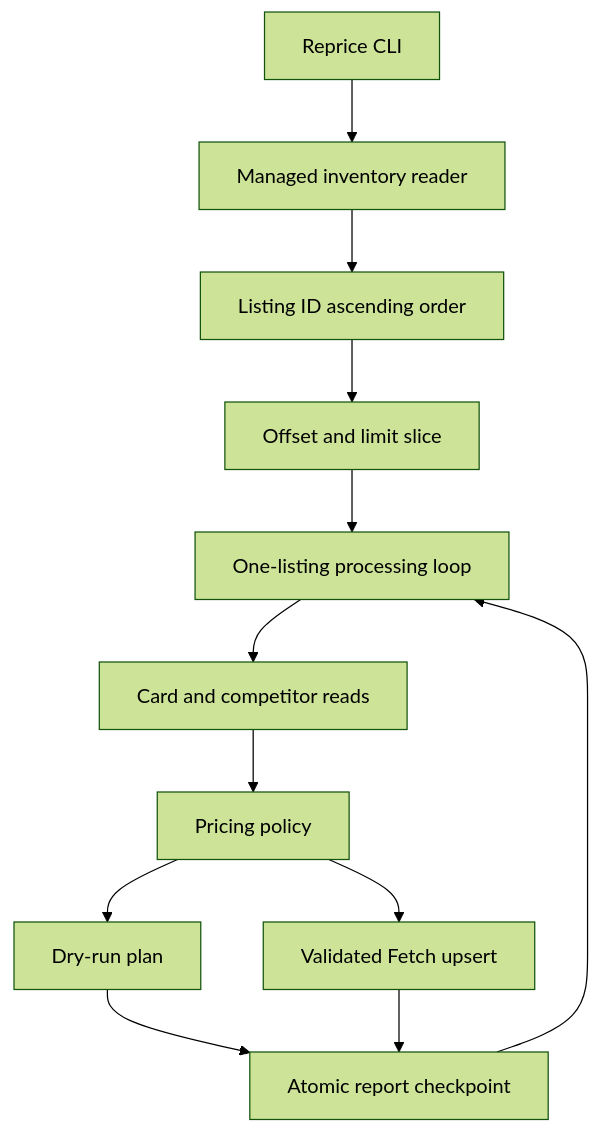
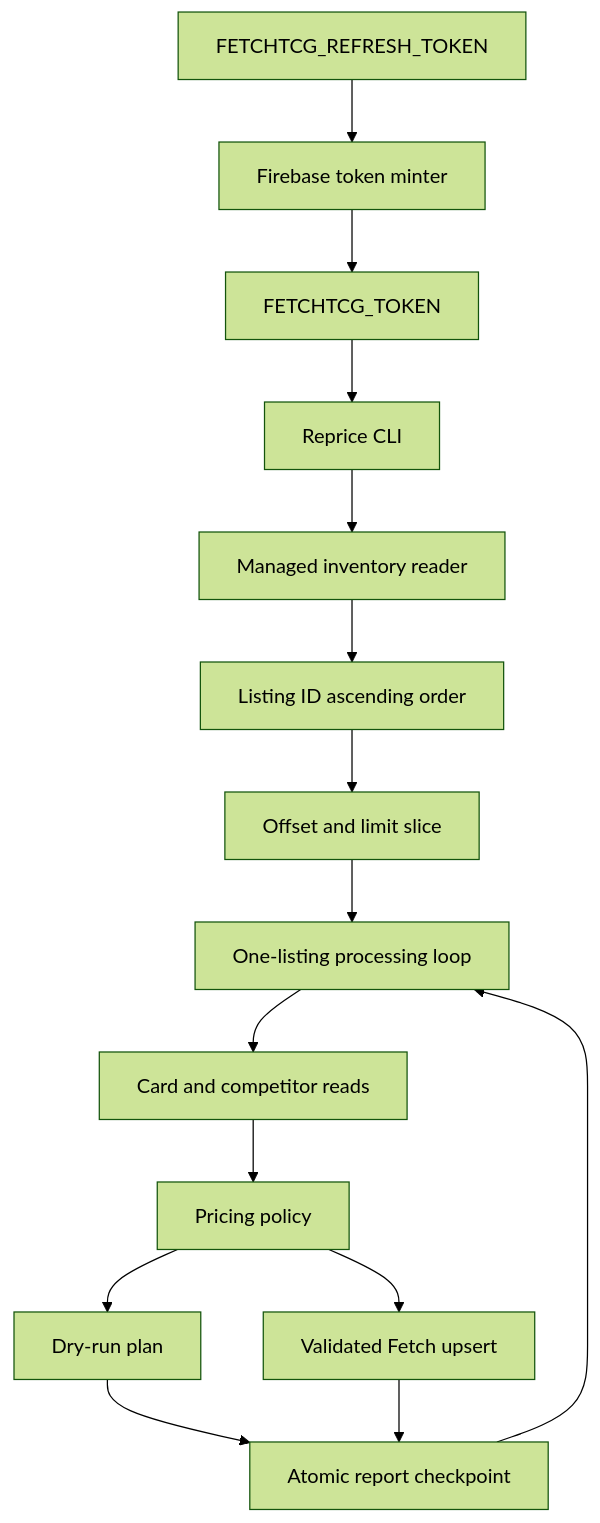
Before and after one commit to jordansimsmith/jordansimsmith-com: the first of 2 diagrams in tcg_lister_api/scripts/reprice/README.md, drawn with Mermaid (forest theme). The commit also changed other lines of this file and 7 other files, not shown here.

````diff
--- a/tcg_lister_api/scripts/reprice/README.md
+++ b/tcg_lister_api/scripts/reprice/README.md
@@ -52,14 +52,17 @@
 ```mermaid
 flowchart TD
-  Cli[Reprice CLI] --> Inventory[Managed inventory reader]
+  RefreshEnv[FETCHTCG_REFRESH_TOKEN] --> TokenMinter[Firebase token minter]
+  TokenMinter --> AuthEnv[FETCHTCG_TOKEN]
+  AuthEnv --> Cli[Reprice CLI]
+  Cli --> Inventory[Managed inventory reader]
   Inventory --> StableOrder[Listing ID ascending order]
   StableOrder --> Slice[Offset and limit slice]
   Slice --> ListingLoop[One-listing processing loop]
   ListingLoop --> Market[Card and competitor reads]
   Market --> Policy[Pricing policy]
   Policy --> DryRun[Dry-run plan]
   Policy --> Mutation[Validated Fetch upsert]
   DryRun --> Checkpoint[Atomic report checkpoint]
   Mutation --> Checkpoint
   Checkpoint --> ListingLoop
 ```
````
